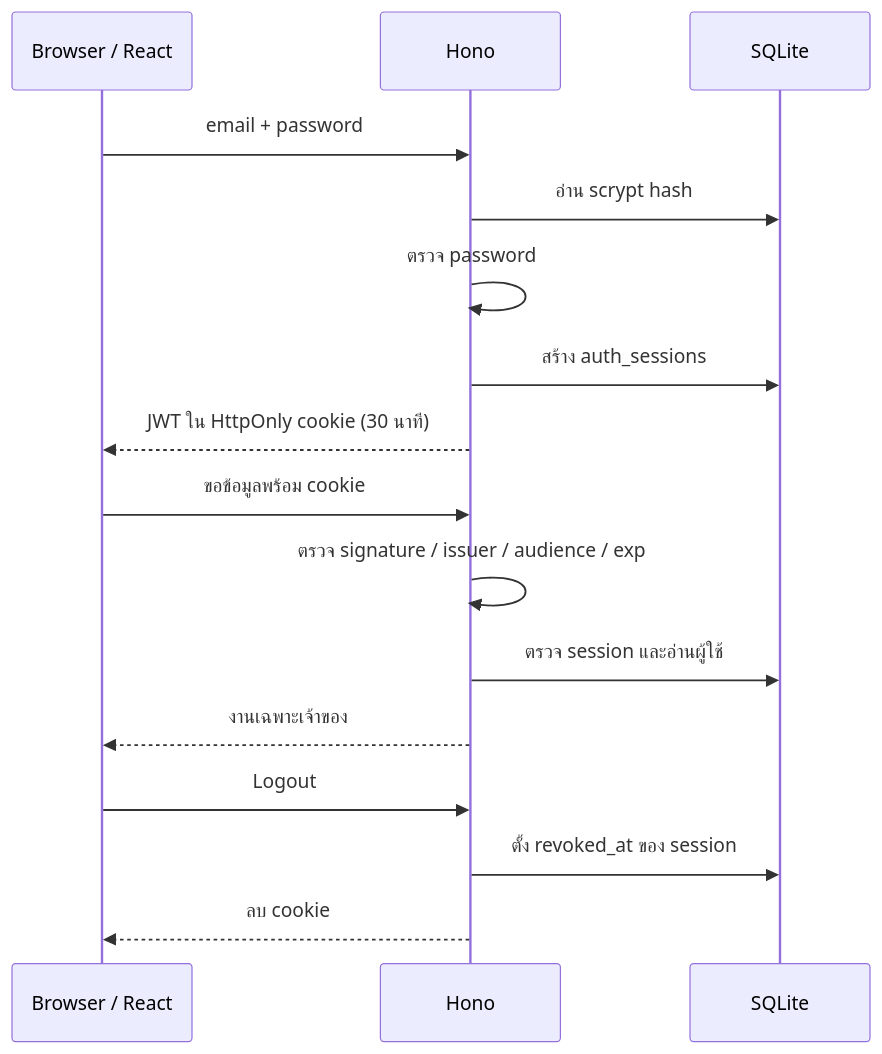
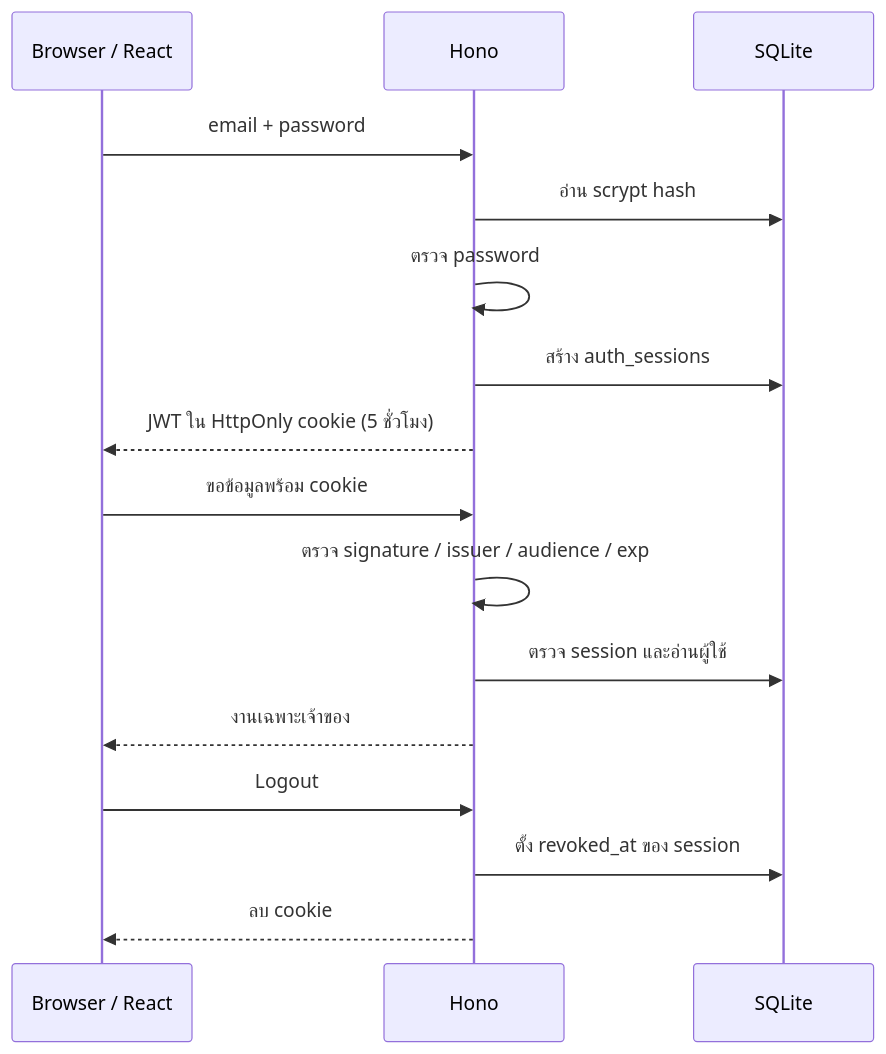
The first of 2 diagrams in docs/presentation-guide.md (purinutsatronkit/projectdaily), drawn with Mermaid before and after one commit. The commit also changed other lines of this file and 93 other files, not shown here.

````diff
--- a/docs/presentation-guide.md
+++ b/docs/presentation-guide.md
@@ -64,18 +64,18 @@
 ```mermaid
 sequenceDiagram
     participant W as Browser / React
     participant A as Hono
     participant D as SQLite
     W->>A: email + password
     A->>D: อ่าน scrypt hash
     A->>A: ตรวจ password
     A->>D: สร้าง auth_sessions
-    A-->>W: JWT ใน HttpOnly cookie (30 นาที)
+    A-->>W: JWT ใน HttpOnly cookie (5 ชั่วโมง)
     W->>A: ขอข้อมูลพร้อม cookie
     A->>A: ตรวจ signature / issuer / audience / exp
     A->>D: ตรวจ session และอ่านผู้ใช้
     A-->>W: งานเฉพาะเจ้าของ
     W->>A: Logout
     A->>D: ตั้ง revoked_at ของ session
     A-->>W: ลบ cookie
 ```
````
